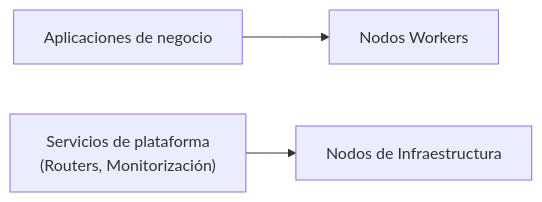
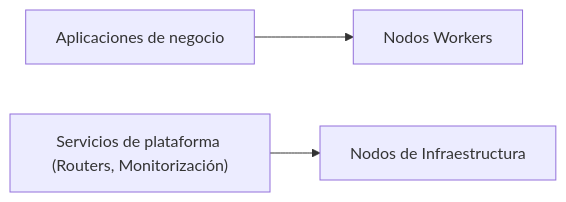
Before and after one commit to ieftraining/curso-openshift: the fourth of 5 diagrams in docs/sesion1/1.5 Arquitectura cluster.md, drawn with Mermaid. The commit also changed other lines of this file, not shown here.

````diff
--- a/docs/sesion1/1.5 Arquitectura cluster.md
+++ b/docs/sesion1/1.5 Arquitectura cluster.md
@@ -111,5 +111,5 @@
 ```mermaid
 flowchart LR
     A[Aplicaciones de negocio] --> W[Nodos Workers]
-    B["Servicios de plataforma<br>(Routers, Monitorización)"] --> I[Nodos de Infraestructura]
+    B["Servicios de plataforma (Routers, Monitorización)"] --> I[Nodos de Infraestructura]
 ```
````
